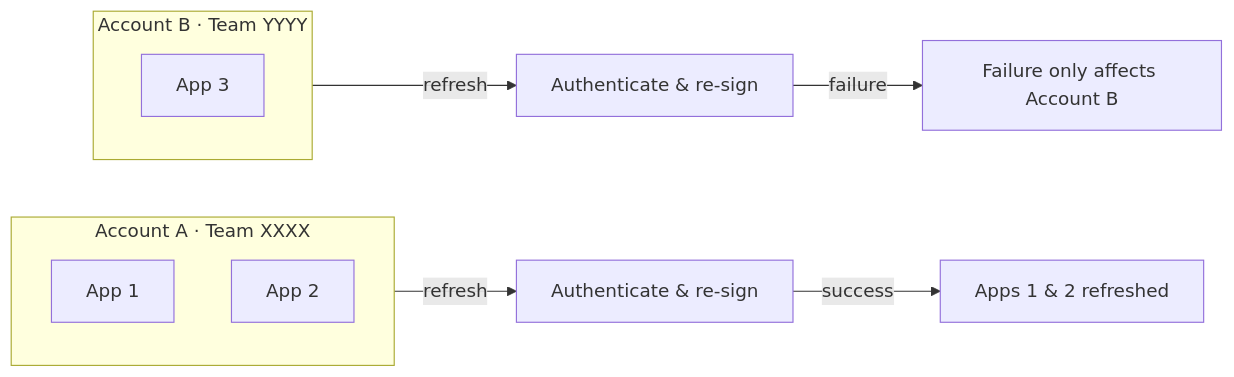
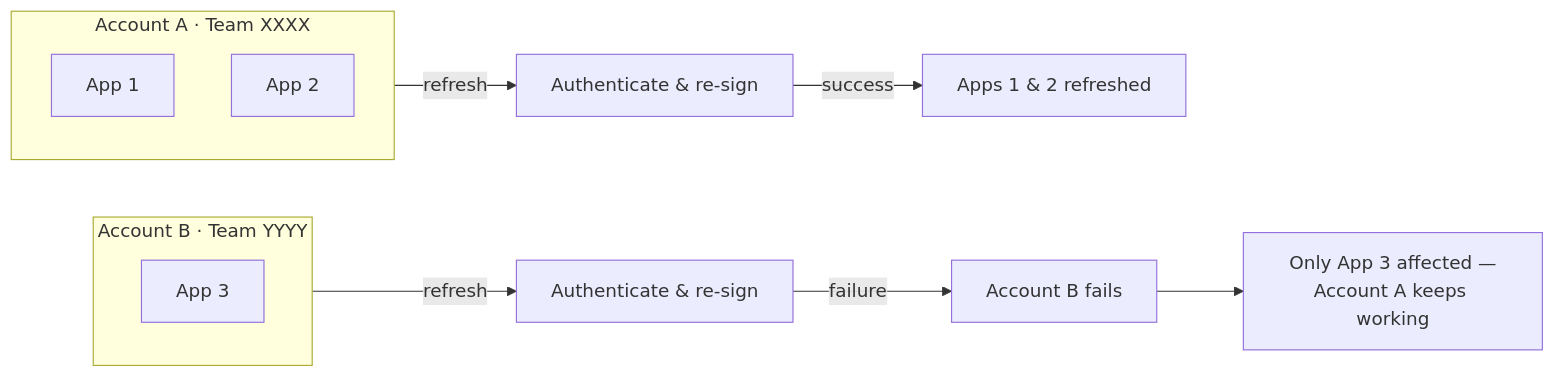
One commit to lungustefan/MultiStore changed the diagram in README.md. Above: the diagram before and after it, drawn with Mermaid. The commit also changed other lines of this file, not shown here.

First line of the commit message:
docs: TOC, Quick Start lead-in, isolation diagram + scenario table, FAQ reorder, diplomatic intro

````diff
--- a/README.md
+++ b/README.md
@@ -64,14 +79,15 @@
 ```mermaid
 flowchart LR
     subgraph A["Account A · Team XXXX"]
         A1["App 1"]
         A2["App 2"]
     end
     subgraph B["Account B · Team YYYY"]
         B1["App 3"]
     end
     A -->|refresh| RA["Authenticate &amp; re-sign"]
     B -->|refresh| RB["Authenticate &amp; re-sign"]
     RA -->|success| OK["Apps 1 &amp; 2 refreshed"]
-    RB -->|failure| FAIL["Failure only affects Account B"]
+    RB -->|failure| FAIL["Account B fails"]
+    FAIL --> ISO["Only App 3 affected —<br/>Account A keeps working"]
 ```
````
